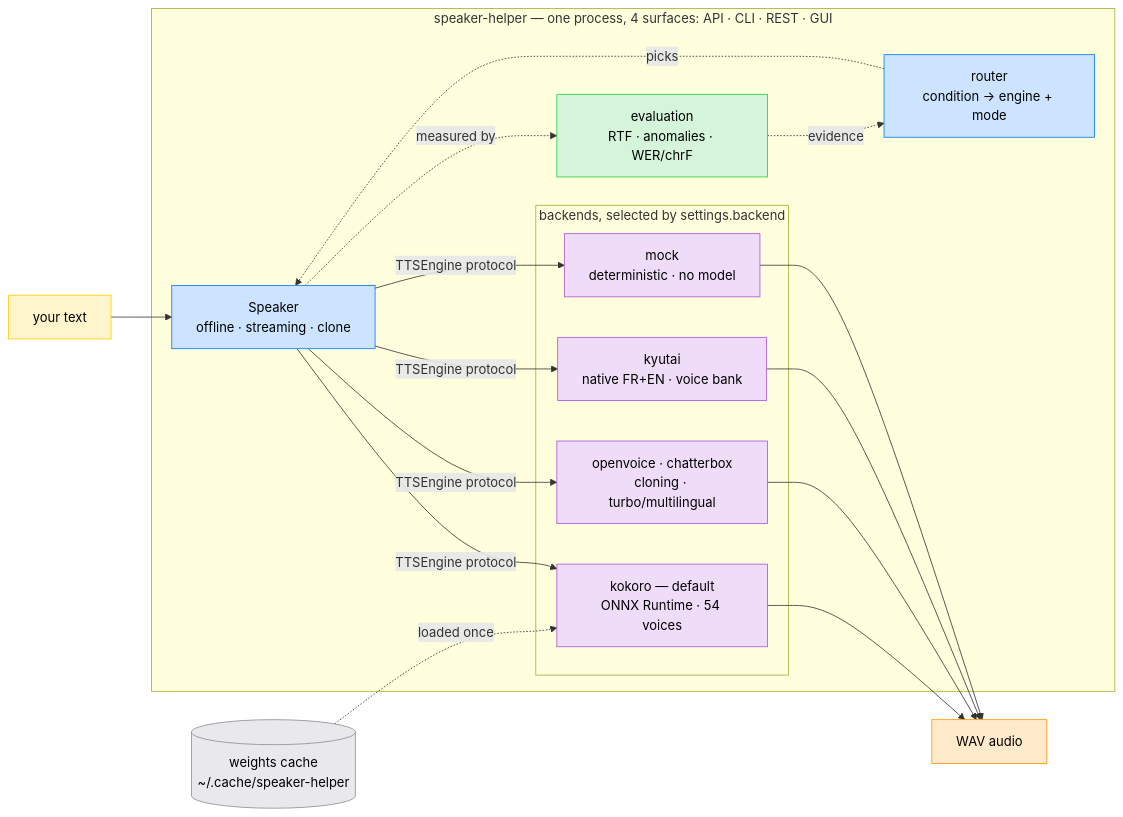
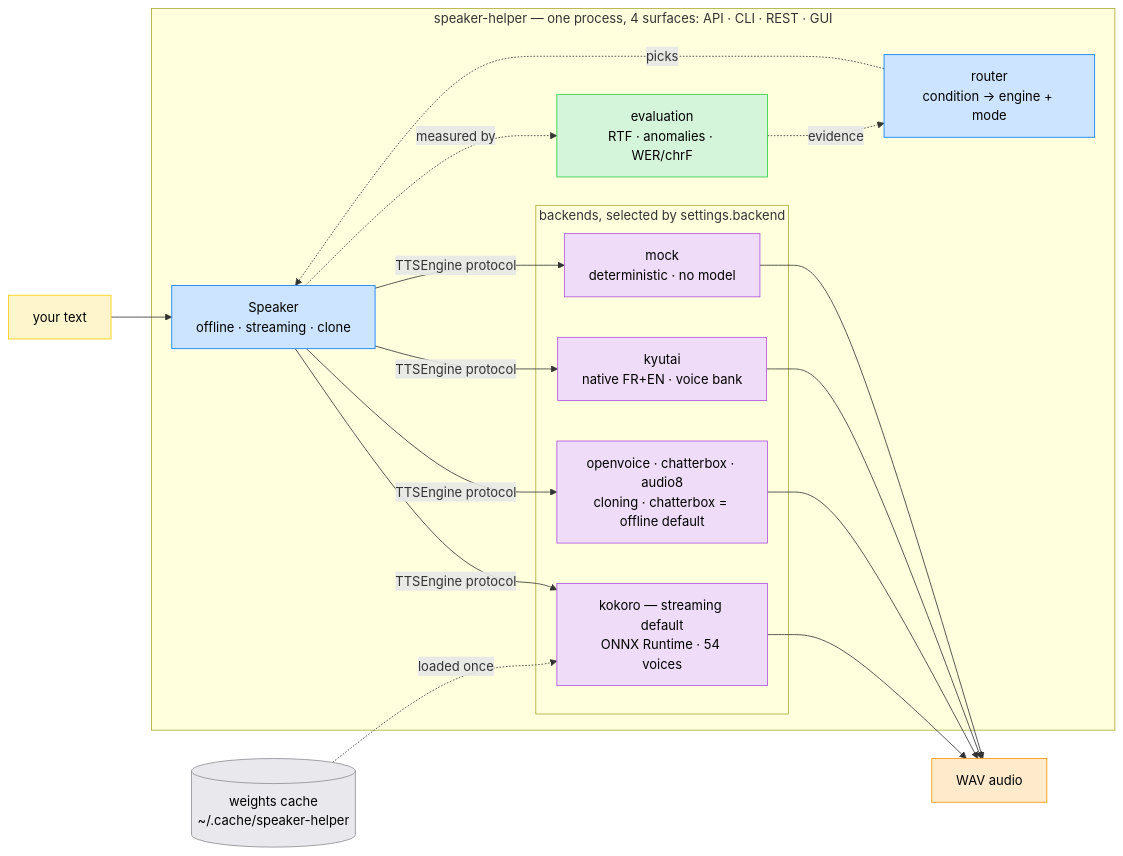
Before and after one commit to warith-harchaoui/speaker-helper: the diagram in README.md, drawn with Mermaid. The commit also changed other lines of this file and 10 other files, not shown here.

First line of the commit message:
feat(audio8): un cloneur réaliste offline, toujours depuis la voix féminine fournie

````diff
--- a/README.md
+++ b/README.md
@@ -86,38 +87,38 @@
 ```mermaid
 flowchart LR
     text["your text"]:::input
     subgraph SH["speaker-helper — one process, 4 surfaces: API · CLI · REST · GUI"]
         speaker["Speaker<br/>offline · streaming · clone"]:::core
         router["router<br/>condition → engine + mode"]:::core
         eval["evaluation<br/>RTF · anomalies · WER/chrF"]:::eval
         subgraph BE["backends, selected by settings.backend"]
-            kokoro["kokoro — default<br/>ONNX Runtime · 54 voices"]:::engine
-            clone["openvoice · chatterbox<br/>cloning · turbo/multilingual"]:::engine
+            kokoro["kokoro — streaming default<br/>ONNX Runtime · 54 voices"]:::engine
+            clone["openvoice · chatterbox · audio8<br/>cloning · chatterbox = offline default"]:::engine
             kyutai["kyutai<br/>native FR+EN · voice bank"]:::engine
             mock["mock<br/>deterministic · no model"]:::engine
         end
     end
     weights[("weights cache<br/>~/.cache/speaker-helper")]:::store
     audio["WAV audio"]:::output
 
     text --> speaker
     router -.->|picks| speaker
     speaker -- "TTSEngine protocol" --> kokoro
     speaker -- "TTSEngine protocol" --> clone
     speaker -- "TTSEngine protocol" --> kyutai
     speaker -- "TTSEngine protocol" --> mock
     weights -.->|loaded once| kokoro
     kokoro --> audio
     clone --> audio
     kyutai --> audio
     mock --> audio
     speaker -.->|measured by| eval
     eval -.->|evidence| router
 
     classDef input fill:#FFF5CC,stroke:#FFCC00,color:#000000
     classDef core fill:#CCE4FF,stroke:#007AFF,color:#000000
     classDef eval fill:#D4F5D9,stroke:#28CD41,color:#000000
     classDef engine fill:#EFDCF8,stroke:#AF52DE,color:#000000
     classDef store fill:#E8E8ED,stroke:#8E8E93,color:#000000
     classDef output fill:#FFEACC,stroke:#FF9500,color:#000000
 ```
````
